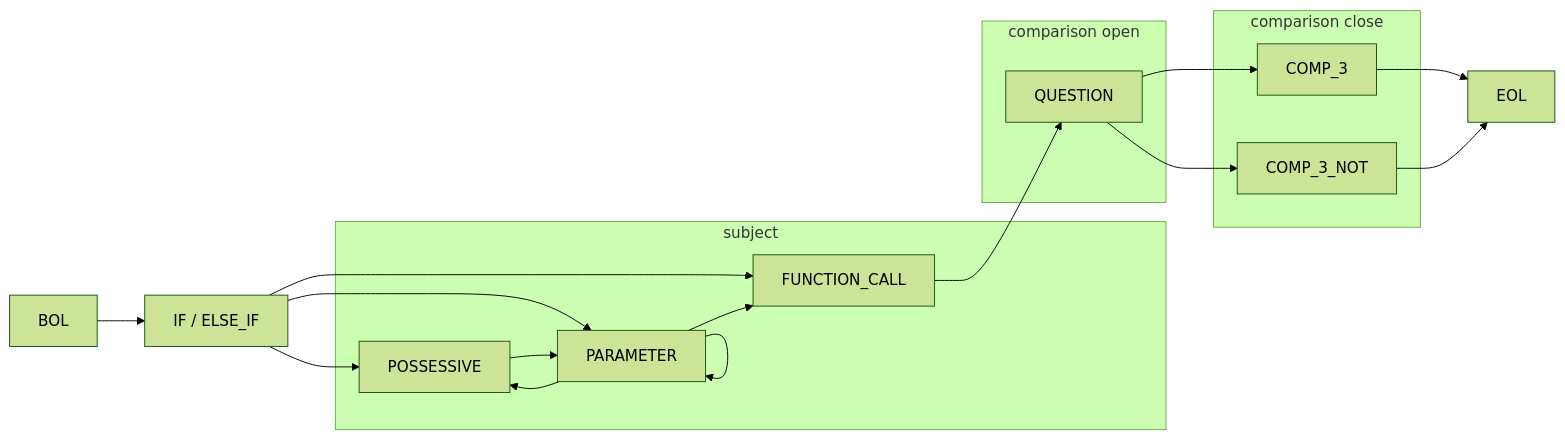
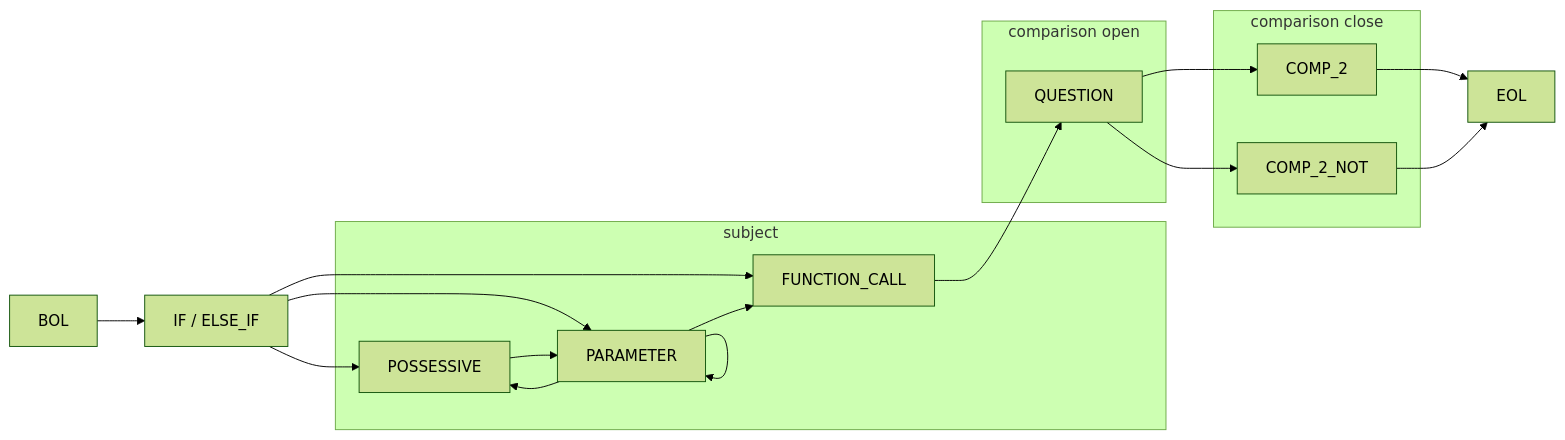
Before and after one commit to rewhowe/snapdragon: the ninth of 12 diagrams in documentation/nfsm.md, drawn with Mermaid (forest theme). The commit also changed other lines of this file and 25 other files, not shown here.

Commit message:
add a new alias for comp_not; rename comp_1 to subject and slide comp_2 and comp_3 down to comp_1 and comp_2

````diff
--- a/documentation/nfsm.md
+++ b/documentation/nfsm.md
@@ -237,34 +237,34 @@
 ```mermaid
 graph LR
   BOL --> IF[IF / ELSE_IF]
 
   IF[IF / ELSE_IF ] --> POSSESSIVE
   IF[IF / ELSE_IF ] --> PARAMETER
   IF[IF / ELSE_IF ] --> FUNCTION_CALL
 
   subgraph subject
     PARAMETER --> POSSESSIVE
     PARAMETER --> PARAMETER
     PARAMETER --> FUNCTION_CALL
 
     POSSESSIVE --> PARAMETER
   end
 
   FUNCTION_CALL --> QUESTION
 
-  QUESTION --> COMP_3
-  QUESTION --> COMP_3_NOT
+  QUESTION --> COMP_2
+  QUESTION --> COMP_2_NOT
 
-  COMP_3 --> EOL
+  COMP_2 --> EOL
 
-  COMP_3_NOT --> EOL
+  COMP_2_NOT --> EOL
 
   subgraph comparison open
     QUESTION
   end
 
   subgraph comparison close
-    COMP_3
-    COMP_3_NOT
+    COMP_2
+    COMP_2_NOT
   end
 ```
````
